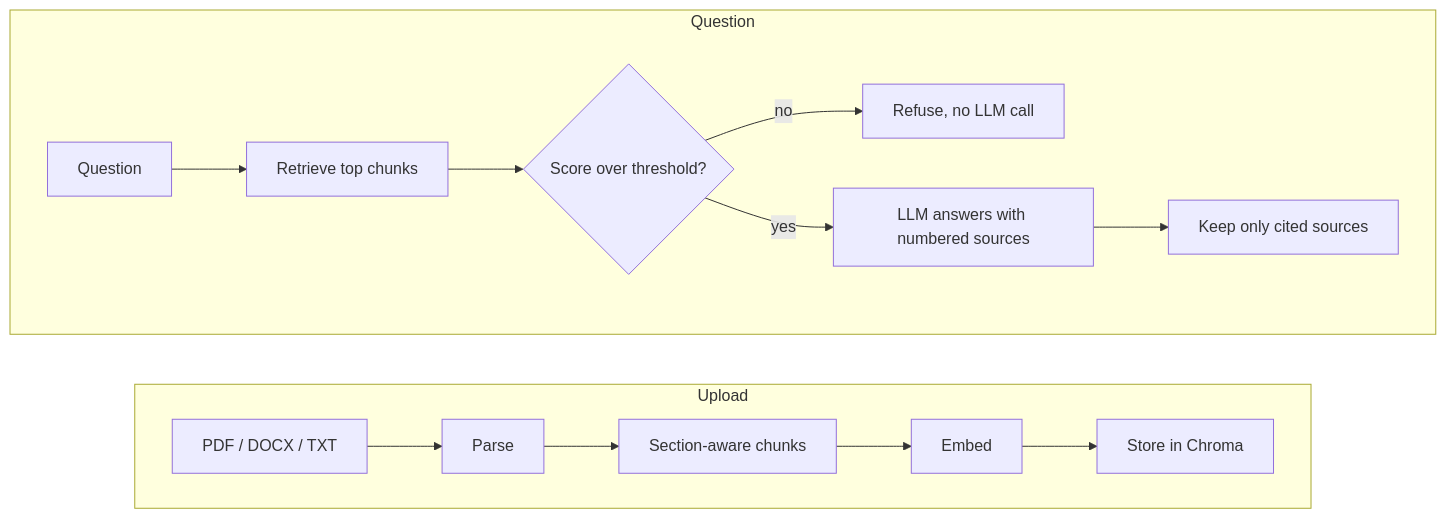
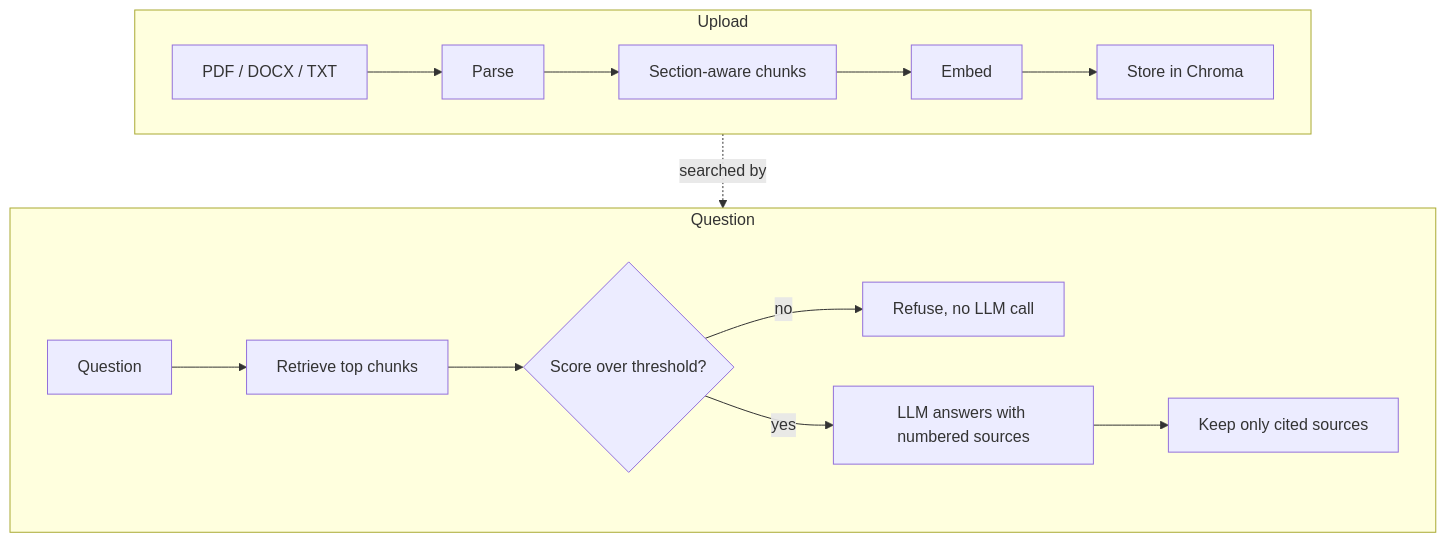
Before and after one commit to marwan-salah-dev/doc-qa-chatbot: the second of 2 diagrams in README.md, drawn with Mermaid. The commit also changed other lines of this file, not shown here.

Commit message:
docs: link upload and question diagrams

````diff
--- a/README.md
+++ b/README.md
@@ -47,13 +47,14 @@
 ```mermaid
-flowchart LR
+flowchart TB
     subgraph Upload
         direction LR
         U1["PDF / DOCX / TXT"] --> U2[Parse] --> U3["Section-aware chunks"] --> U4[Embed] --> U5["Store in Chroma"]
     end
     subgraph Question
         direction LR
         Q1[Question] --> Q2["Retrieve top chunks"] --> Q3{"Score over threshold?"}
         Q3 -->|no| Q4["Refuse, no LLM call"]
         Q3 -->|yes| Q5["LLM answers with numbered sources"] --> Q6["Keep only cited sources"]
     end
+    U5 -. searched by .-> Q2
 ```
````
